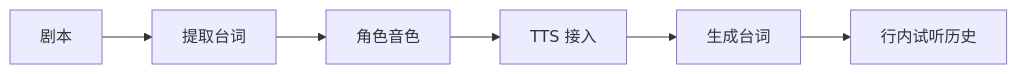
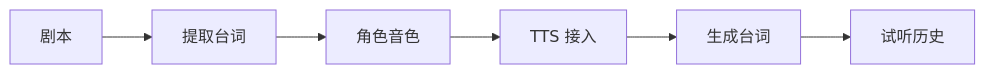
The diagram in docs/minimal-workbench-audit.md (XucroYuri/TTS_more), drawn with Mermaid before and after one commit. The commit also changed other lines of this file and 6 other files, not shown here.

````diff
--- a/docs/minimal-workbench-audit.md
+++ b/docs/minimal-workbench-audit.md
@@ -9,8 +7,8 @@
 ```mermaid
 flowchart LR
   A["剧本"] --> B["提取台词"]
   B --> C["角色音色"]
   C --> D["TTS 接入"]
   D --> E["生成台词"]
-  E --> F["行内试听历史"]
+  E --> F["试听历史"]
 ```
````
